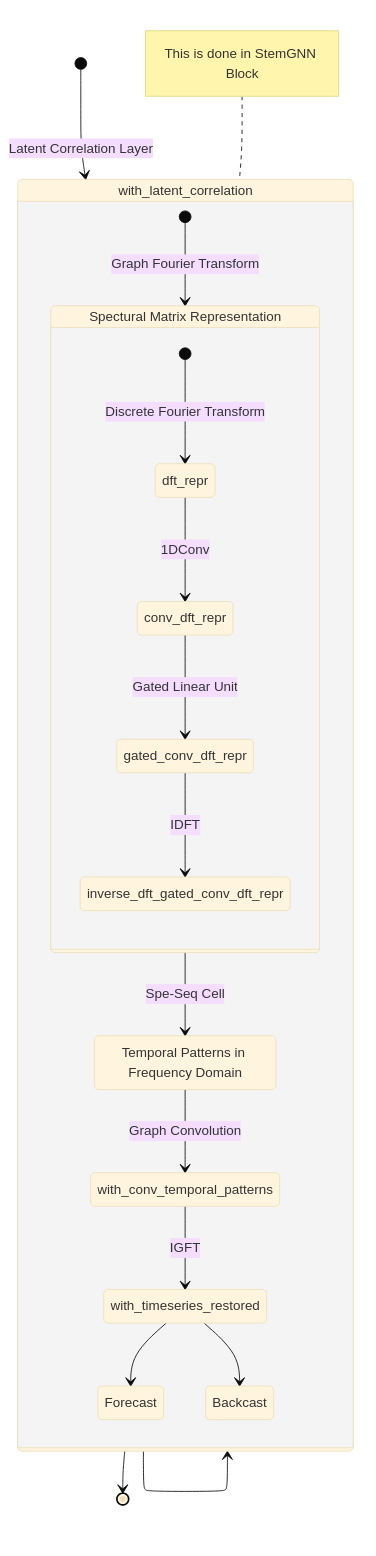
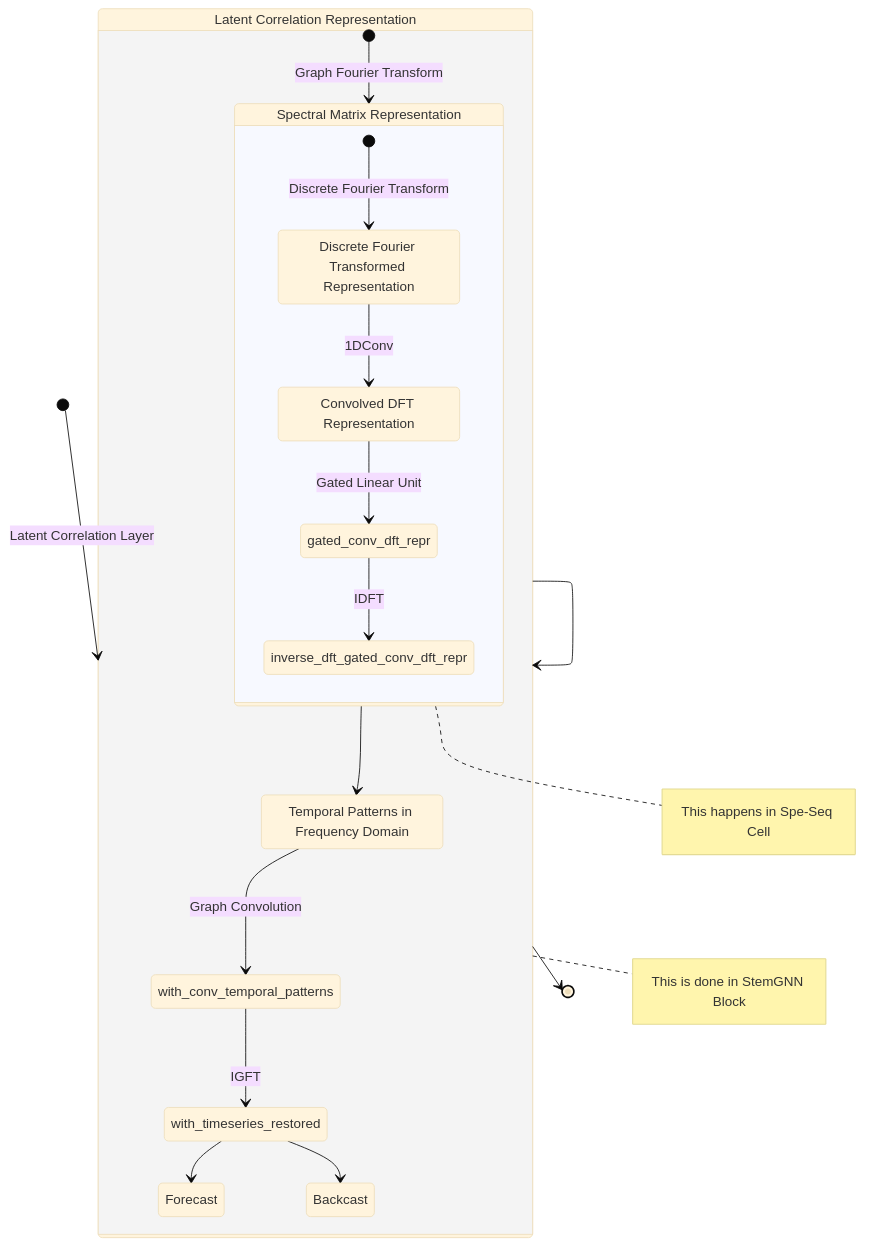
One commit to datumorphism/datumorphism.github.io changed the diagram in content/reading/stemgnn.md. Above: the diagram before and after it, drawn with Mermaid (base theme).

Commit message:
stemgnn update

```diff
--- a/content/reading/stemgnn.md
+++ b/content/reading/stemgnn.md
@@ -23,40 +23,43 @@
 {{< mermaid >}}
 stateDiagram-v2
-    with_spectral_matrix_representation: Spectural Matrix Representation
+    with_spectral_matrix_representation: Spectral Matrix Representation
     with_temporal_patterns_in_freq_domain: Temporal Patterns in Frequency Domain
+    with_latent_correlation: Latent Correlation Representation
+    dft_repr: Discrete Fourier Transformed Representation
+    conv_dft_repr: Convolved DFT Representation
 
     [*] --> with_latent_correlation: Latent Correlation Layer
 
     with_latent_correlation --> with_latent_correlation
 
     state with_latent_correlation {
+
+        state with_spectral_matrix_representation {
+            [*] --> dft_repr: Discrete Fourier Transform
+
+            dft_repr --> conv_dft_repr: 1DConv
+
+            conv_dft_repr --> gated_conv_dft_repr: Gated Linear Unit
+
+            gated_conv_dft_repr --> inverse_dft_gated_conv_dft_repr: IDFT
+
+        }
+
+
         [*] --> with_spectral_matrix_representation: Graph Fourier Transform
+        note right of with_spectral_matrix_representation: This happens in Spe-Seq Cell
 
-        with_spectral_matrix_representation --> with_temporal_patterns_in_freq_domain: Spe-Seq Cell
+        with_spectral_matrix_representation --> with_temporal_patterns_in_freq_domain
 
         with_temporal_patterns_in_freq_domain --> with_conv_temporal_patterns: Graph Convolution
 
         with_conv_temporal_patterns --> with_timeseries_restored: IGFT
 
         with_timeseries_restored --> Forecast
         with_timeseries_restored --> Backcast
 
     }
-    note left of with_latent_correlation: This is done in StemGNN Block
-
-
-
-    state with_spectral_matrix_representation {
-        [*] --> dft_repr: Discrete Fourier Transform
-
-        dft_repr --> conv_dft_repr: 1DConv
-
-        conv_dft_repr --> gated_conv_dft_repr: Gated Linear Unit
-
-        gated_conv_dft_repr --> inverse_dft_gated_conv_dft_repr: IDFT
-    }
-
+    note right of with_latent_correlation: This is done in StemGNN Block
 
     with_latent_correlation --> [*]
-
 {{< /mermaid >}}
```
